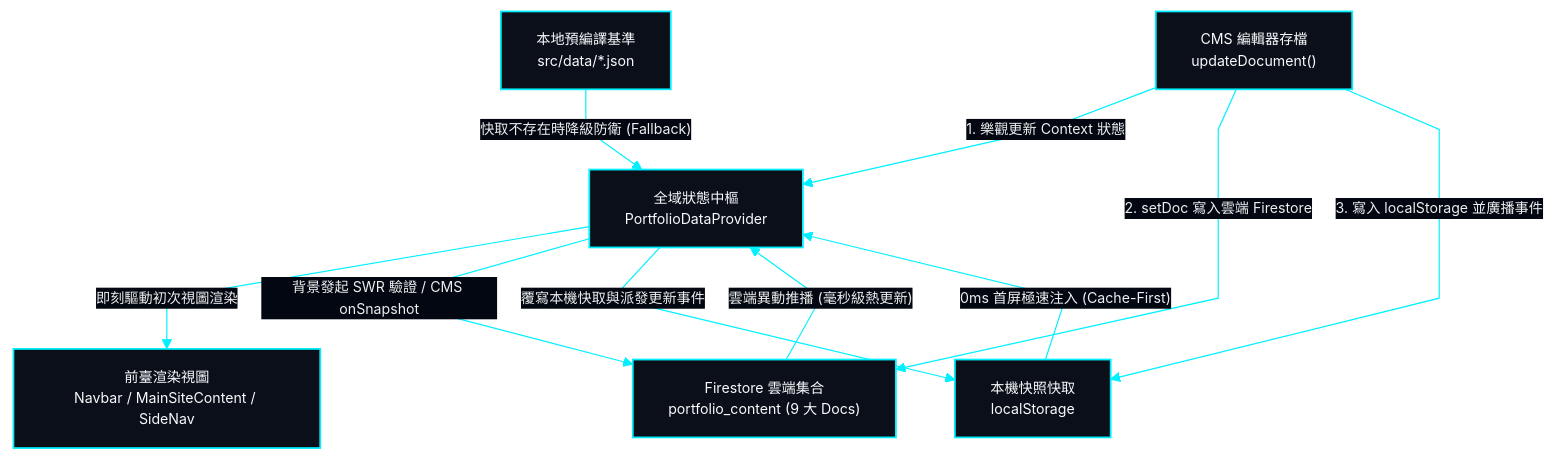
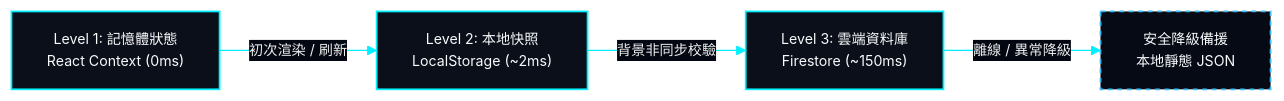
Before and after one commit to EricXJason/my-portfolio-website: the second of 2 diagrams in docs/system-design/05-specs-database.md, drawn with Mermaid. The commit also changed other lines of this file and 19 other files, not shown here.

````diff
--- a/docs/system-design/05-specs-database.md
+++ b/docs/system-design/05-specs-database.md
@@ -331,37 +156,33 @@
 ```mermaid
 %%{init: {
   'theme': 'base',
   'themeVariables': {
     'darkMode': true,
     'background': '#030712',
     'mainBkg': '#0b0f19',
     'nodeBorder': '#00f0ff',
     'textColor': '#f8fafc',
     'lineColor': '#00f0ff',
+    'clusterBkg': '#060a14',
+    'clusterBorder': '#1e293b',
+    'titleColor': '#00f0ff',
     'edgeLabelBackground': '#030712',
     'fontSize': '12px'
   },
   'flowchart': {
     'curve': 'linear'
   }
 }}%%
-flowchart TD
+flowchart LR
     classDef hudCard fill:#0b0f19,stroke:#00f0ff,stroke-width:1.5px,color:#f8fafc;
+    classDef fallbackCard fill:#060a14,stroke:#38bdf8,stroke-width:1.5px,stroke-dasharray: 4 4,color:#f8fafc;
 
-    LocalJSON["本地預編譯基準<br>src/data/*.json"]:::hudCard
-    LocalCache["本機快照快取<br>localStorage"]:::hudCard
-    ContextHub["全域狀態中樞<br>PortfolioDataProvider"]:::hudCard
-    FrontUI["前臺渲染視圖<br>Navbar / MainSiteContent / SideNav"]:::hudCard
-    FirestoreStream["Firestore 雲端集合<br>portfolio_content (9 大 Docs)"]:::hudCard
-    CMSAction["CMS 編輯器存檔<br>updateDocument()"]:::hudCard
+    L1["Level 1: 記憶體狀態<br>React Context (0ms)"]:::hudCard
+    L2["Level 2: 本地快照<br>LocalStorage (~2ms)"]:::hudCard
+    L3["Level 3: 雲端資料庫<br>Firestore (~150ms)"]:::hudCard
+    L4["安全降級備援<br>本地靜態 JSON"]:::fallbackCard
 
-    LocalCache -->|"0ms 首屏極速注入 (Cache-First)"| ContextHub
-    LocalJSON -->|"快取不存在時降級防衛 (Fallback)"| ContextHub
-    ContextHub -->|"即刻驅動初次視圖渲染"| FrontUI
-    ContextHub -->|"背景發起 SWR 驗證 / CMS onSnapshot"| FirestoreStream
-    FirestoreStream -->|"雲端異動推播 (毫秒級熱更新)"| ContextHub
-    ContextHub -->|"覆寫本機快取與派發更新事件"| LocalCache
-    CMSAction -->|"1. 樂觀更新 Context 狀態"| ContextHub
-    CMSAction -->|"2. setDoc 寫入雲端 Firestore"| FirestoreStream
-    CMSAction -->|"3. 寫入 localStorage 並廣播事件"| LocalCache
+    L1 -->|"初次渲染 / 刷新"| L2
+    L2 -->|"背景非同步校驗"| L3
+    L3 -->|"離線 / 異常降級"| L4
 ```
````
